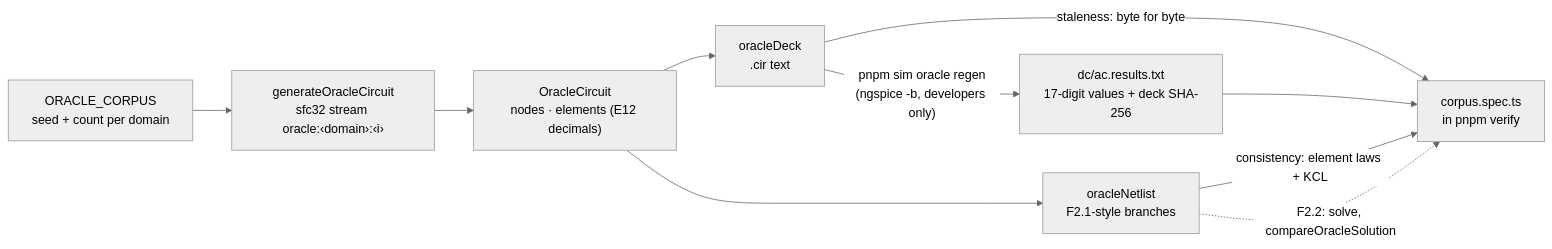
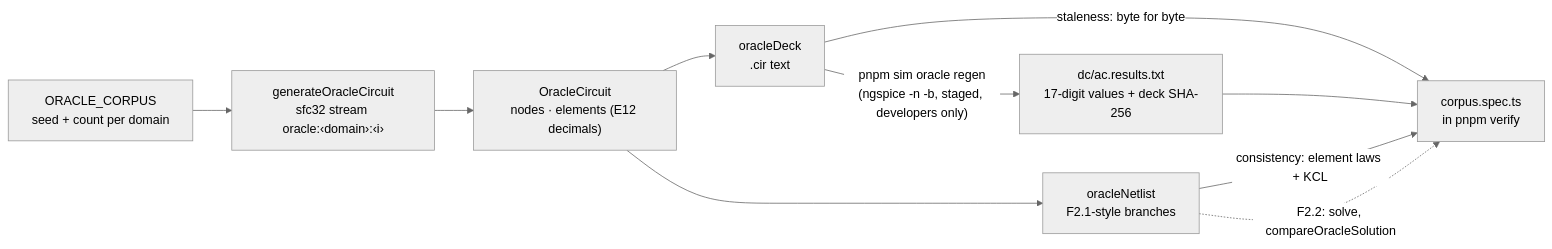
The third of 3 diagrams in docs/architecture/simulation.md (joebarbere/controls), drawn with Mermaid (neutral theme) before and after one commit. The commit also changed other lines of this file and 895 other files, not shown here.

````diff
--- a/docs/architecture/simulation.md
+++ b/docs/architecture/simulation.md
@@ -178,12 +178,12 @@
 ```mermaid
 flowchart LR
     SEED["ORACLE_CORPUS<br/>seed + count per domain"] --> GEN["generateOracleCircuit<br/>sfc32 stream oracle:‹domain›:‹i›"]
     GEN --> IR["OracleCircuit<br/>nodes · elements (E12 decimals)"]
     IR --> DECK["oracleDeck<br/>.cir text"]
     IR --> NET["oracleNetlist<br/>F2.1-style branches"]
-    DECK -->|"pnpm sim oracle regen<br/>(ngspice -b, developers only)"| RES["dc/ac.results.txt<br/>17-digit values + deck SHA-256"]
+    DECK -->|"pnpm sim oracle regen<br/>(ngspice -n -b, staged, developers only)"| RES["dc/ac.results.txt<br/>17-digit values + deck SHA-256"]
     DECK -->|"staleness: byte for byte"| SPEC["corpus.spec.ts<br/>in pnpm verify"]
     RES --> SPEC
     NET -->|"consistency: element laws + KCL"| SPEC
     NET -.->|"F2.2: solve, compareOracleSolution"| SPEC
 ```
````
